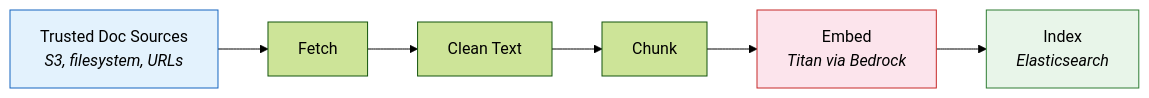
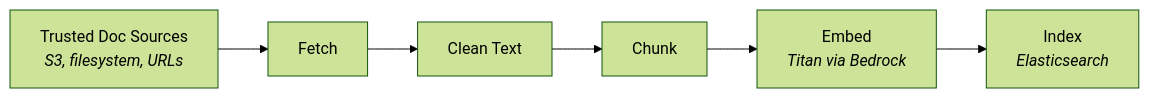
Before and after one commit to kunalsinghdadhwal/symmetrical-broccoli: the fifth of 9 diagrams in docs/ARCHITECTURE.md, drawn with Mermaid (forest theme). The commit also changed other lines of this file, not shown here.

````diff
--- a/docs/ARCHITECTURE.md
+++ b/docs/ARCHITECTURE.md
@@ -622,12 +594,8 @@
 ```mermaid
 flowchart LR
     A[Trusted Doc Sources<br/><i>S3, filesystem, URLs</i>] --> B[Fetch]
     B --> C[Clean Text]
     C --> D[Chunk]
     D --> E[Embed<br/><i>Titan via Bedrock</i>]
     E --> F[Index<br/><i>Elasticsearch</i>]
-
-    style A fill:#e3f2fd,stroke:#1565c0
-    style E fill:#fce4ec,stroke:#c62828
-    style F fill:#e8f5e9,stroke:#2e7d32
 ```
````
